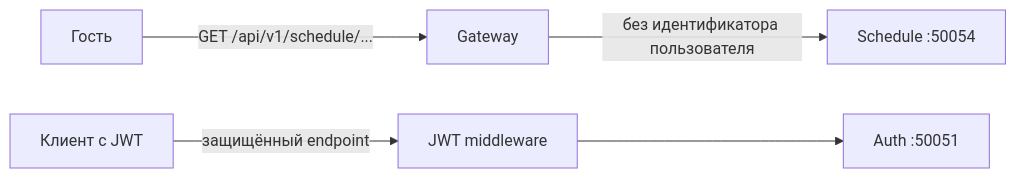
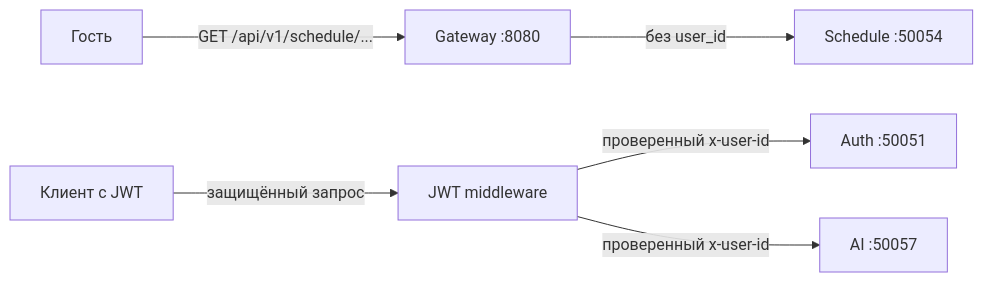
The diagram in docs/gateway/overview.md (orbit-polytech/orbit-docs), drawn with Mermaid before and after one commit. The commit also changed other lines of this file and 41 other files, not shown here.

````diff
--- a/docs/gateway/overview.md
+++ b/docs/gateway/overview.md
@@ -43,7 +48,8 @@
 ```mermaid
 flowchart LR
-    Guest["Гость"] -->|GET /api/v1/schedule/...| GW["Gateway"]
-    GW -->|без идентификатора пользователя| Schedule["Schedule :50054"]
-    User["Клиент с JWT"] -->|защищённый endpoint| JWT["JWT middleware"]
-    JWT --> Auth["Auth :50051"]
+    Guest["Гость"] -->|GET /api/v1/schedule/...| GW["Gateway :8080"]
+    GW -->|без user_id| Schedule["Schedule :50054"]
+    User["Клиент с JWT"] -->|защищённый запрос| JWT["JWT middleware"]
+    JWT -->|проверенный x-user-id| Auth["Auth :50051"]
+    JWT -->|проверенный x-user-id| AI["AI :50057"]
 ```
````
